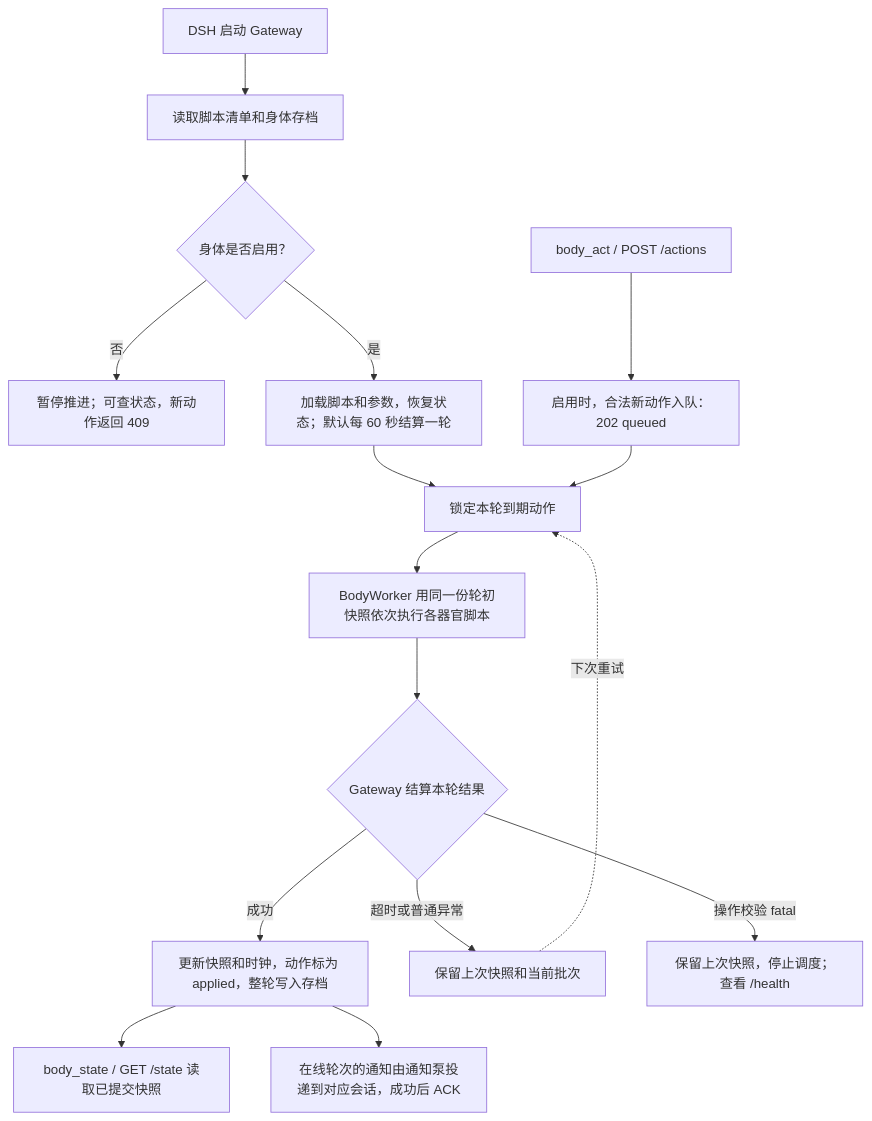
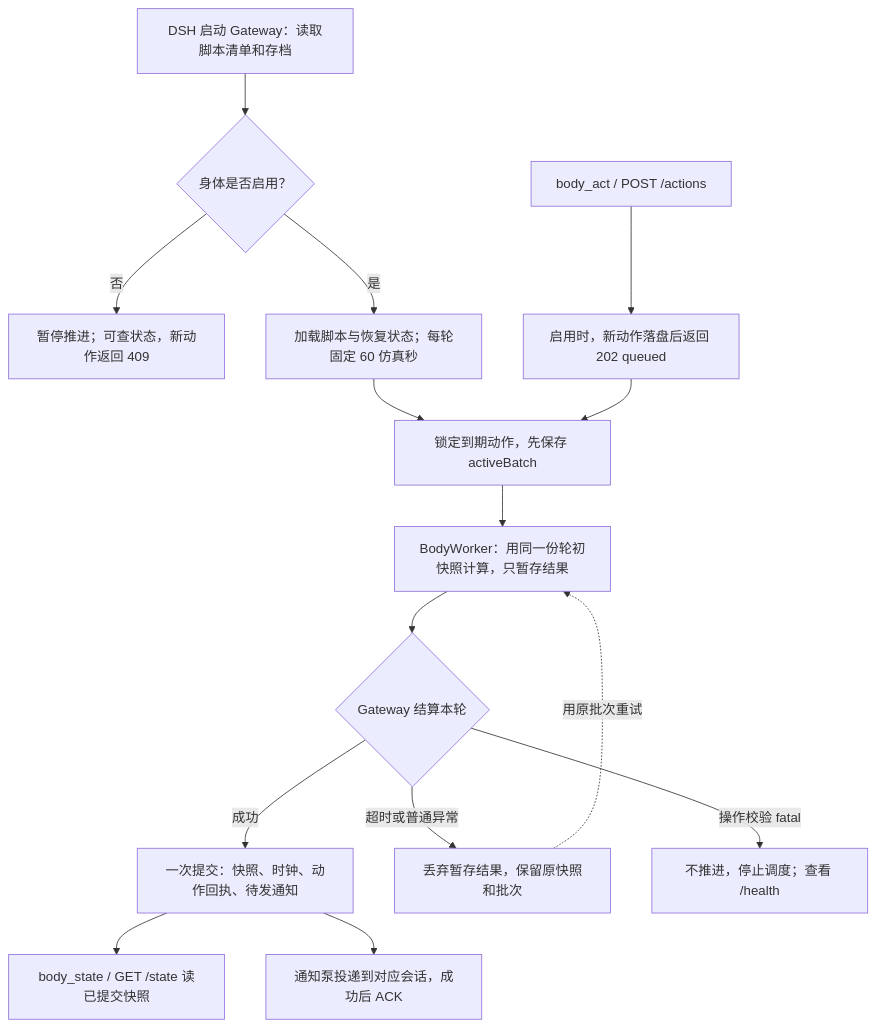
One commit to P-A-N-52/dsh-body changed the diagram in README.md. Above: the diagram before and after it, drawn with Mermaid. The commit also changed other lines of this file, not shown here.

Commit message:
docs: 展开 Gateway 的调度与提交设计

````diff
--- a/README.md
+++ b/README.md
@@ -9,18 +33,17 @@
 ```mermaid
 flowchart TD
-    DSH["DSH 启动 Gateway"] --> Boot["读取脚本清单和身体存档"]
-    Boot --> Active{"身体是否启用？"}
+    Boot["DSH 启动 Gateway：读取脚本清单和存档"] --> Active{"身体是否启用？"}
     Active -->|否| Paused["暂停推进；可查状态，新动作返回 409"]
-    Active -->|是| Tick["加载脚本和参数，恢复状态；默认每 60 秒结算一轮"]
-    Input["body_act / POST /actions"] --> Queue["启用时，合法新动作入队：202 queued"]
-    Tick --> Batch["锁定本轮到期动作"]
+    Active -->|是| Tick["加载脚本与恢复状态；每轮固定 60 仿真秒"]
+    Input["body_act / POST /actions"] --> Queue["启用时，新动作落盘后返回 202 queued"]
+    Tick --> Batch["锁定到期动作，先保存 activeBatch"]
     Queue --> Batch
-    Batch --> Run["BodyWorker 用同一份轮初快照依次执行各器官脚本"]
-    Run --> Result{"Gateway 结算本轮结果"}
-    Result -->|成功| Commit["更新快照和时钟，动作标为 applied，整轮写入存档"]
-    Result -->|超时或普通异常| Retry["保留上次快照和当前批次"]
-    Retry -. 下次重试 .-> Batch
-    Result -->|操作校验 fatal| Fatal["保留上次快照，停止调度；查看 /health"]
-    Commit --> State["body_state / GET /state 读取已提交快照"]
-    Commit --> Notify["在线轮次的通知由通知泵投递到对应会话，成功后 ACK"]
+    Batch --> Run["BodyWorker：用同一份轮初快照计算，只暂存结果"]
+    Run --> Result{"Gateway 结算本轮"}
+    Result -->|成功| Commit["一次提交：快照、时钟、动作回执、待发通知"]
+    Result -->|超时或普通异常| Retry["丢弃暂存结果，保留原快照和批次"]
+    Retry -. 用原批次重试 .-> Run
+    Result -->|操作校验 fatal| Fatal["不推进，停止调度；查看 /health"]
+    Commit --> State["body_state / GET /state 读已提交快照"]
+    Commit --> Notify["通知泵投递到对应会话，成功后 ACK"]
 ```
````
